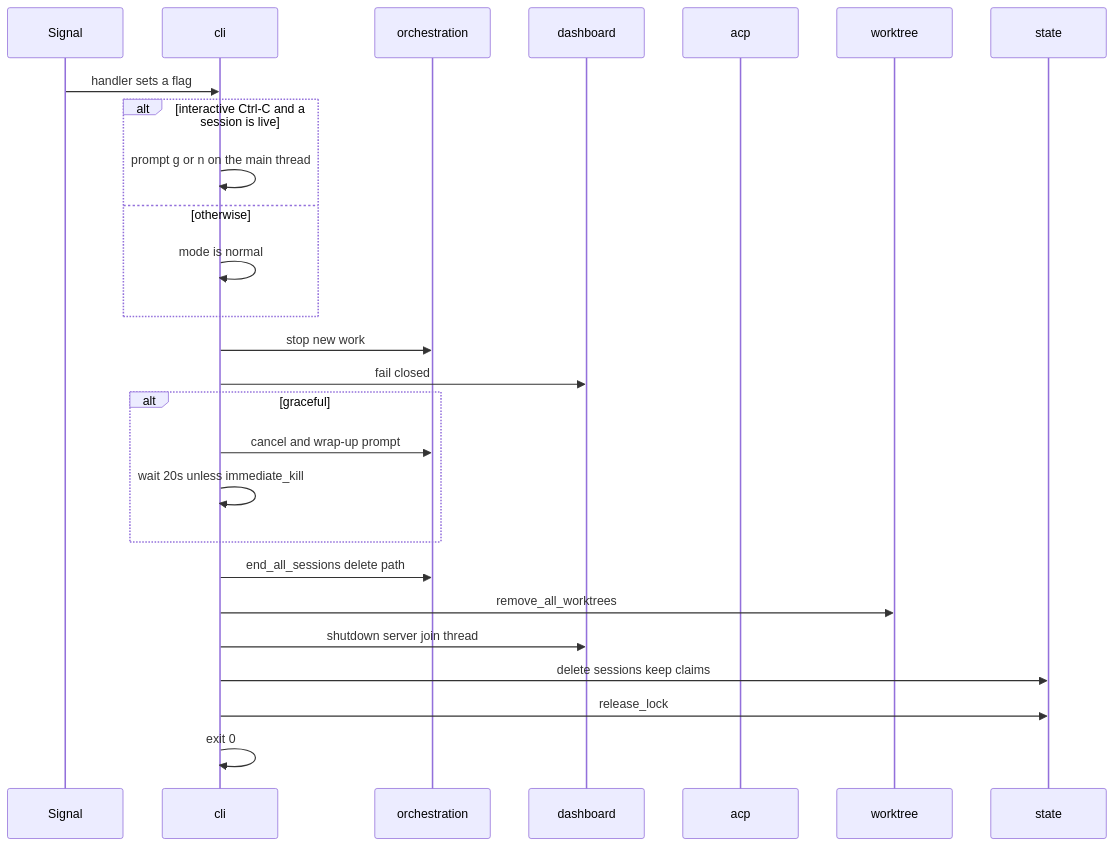
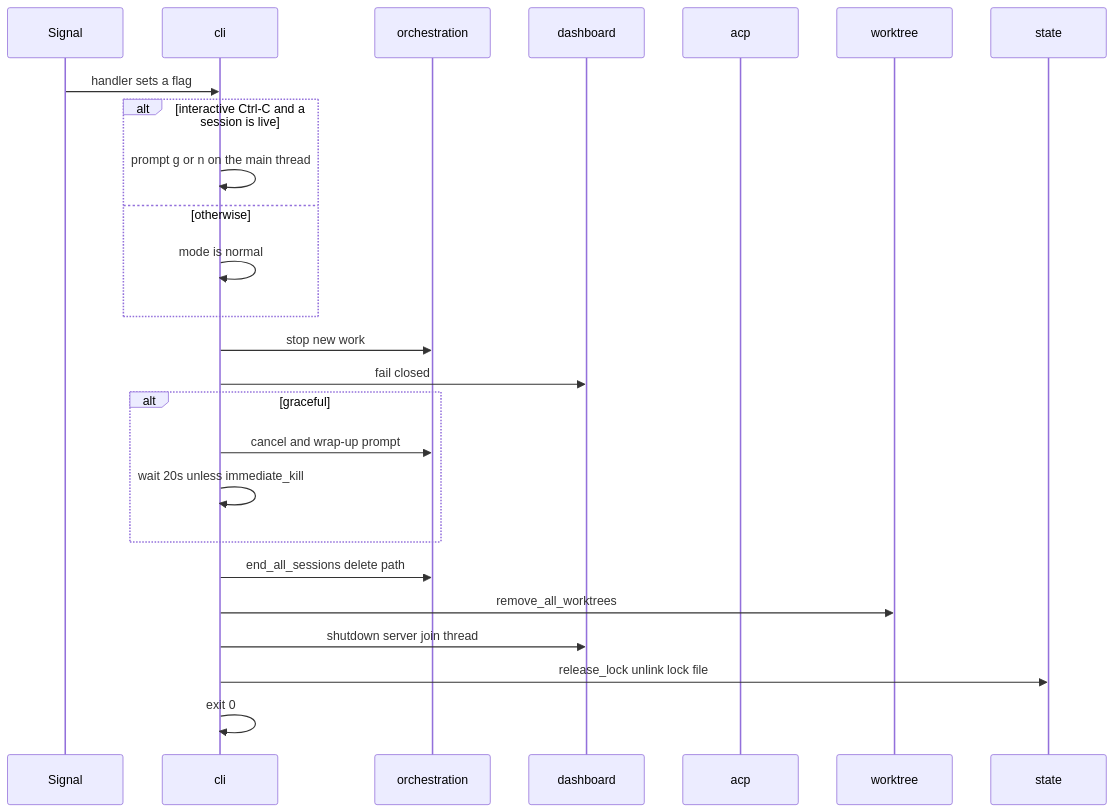
The sixth of 6 diagrams in spec/design/sequences.md (waigore/orkie), drawn with Mermaid before and after one commit. The commit also changed other lines of this file and 36 other files, not shown here.

````diff
--- a/spec/design/sequences.md
+++ b/spec/design/sequences.md
@@ -228,29 +225,28 @@
 ```mermaid
 sequenceDiagram
   participant Sig as Signal
   participant CLI as cli
   participant Orch as orchestration
   participant Dash as dashboard
   participant Acp as acp
   participant Wt as worktree
   participant St as state
 
   Sig->>CLI: handler sets a flag
   alt interactive Ctrl-C and a session is live
     CLI->>CLI: prompt g or n on the main thread
   else otherwise
     CLI->>CLI: mode is normal
   end
   CLI->>Orch: stop new work
   CLI->>Dash: fail closed
   alt graceful
     CLI->>Orch: cancel and wrap-up prompt
     CLI->>CLI: wait 20s unless immediate_kill
   end
   CLI->>Orch: end_all_sessions delete path
   CLI->>Wt: remove_all_worktrees
   CLI->>Dash: shutdown server join thread
-  CLI->>St: delete sessions keep claims
-  CLI->>St: release_lock
+  CLI->>St: release_lock unlink lock file
   CLI->>CLI: exit 0
 ```
````
